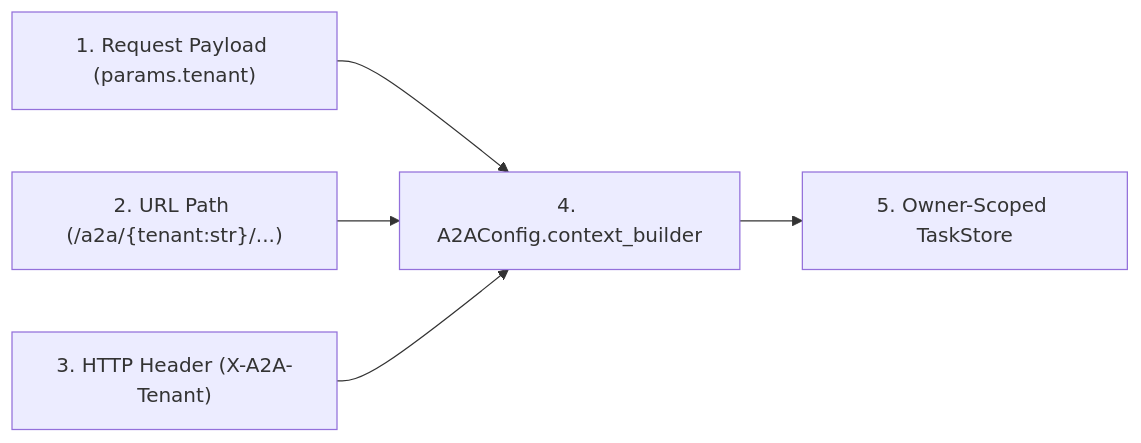
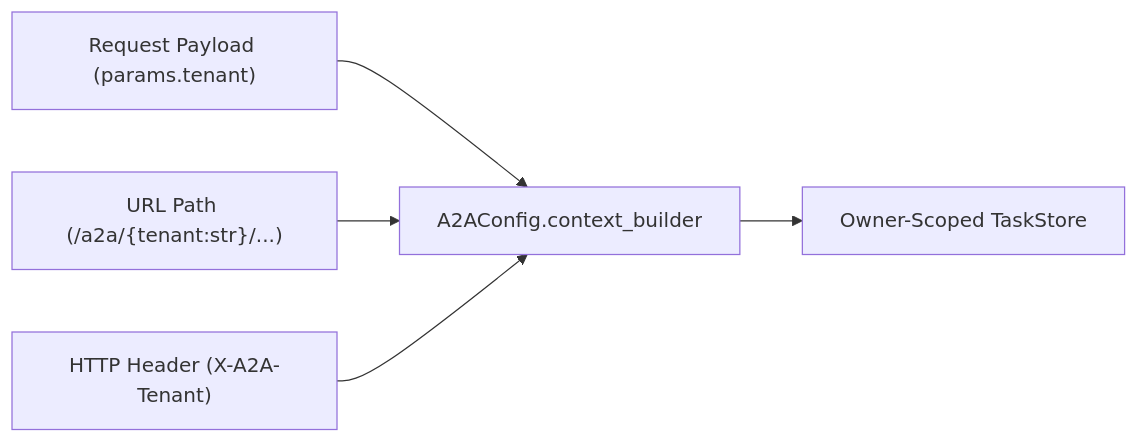
Before and after one commit to cofin/litestar-mcp: the diagram in docs/agents/multi-tenancy.md, drawn with Mermaid. The commit also changed other lines of this file and 155 other files, not shown here.

````diff
--- a/docs/agents/multi-tenancy.md
+++ b/docs/agents/multi-tenancy.md
@@ -17,13 +17,13 @@
 ```mermaid
 flowchart LR
-    Payload["1. Request Payload (params.tenant)"]
-    Path["2. URL Path (/a2a/{tenant:str}/...)"]
-    Header["3. HTTP Header (X-A2A-Tenant)"]
-    Builder["4. A2AConfig.context_builder"]
-    Store["5. Owner-Scoped TaskStore"]
+    Payload["Request Payload (params.tenant)"]
+    Path["URL Path (/a2a/{tenant:str}/...)"]
+    Header["HTTP Header (X-A2A-Tenant)"]
+    Builder["A2AConfig.context_builder"]
+    Store["Owner-Scoped TaskStore"]
 
     Payload --> Builder
     Path --> Builder
     Header --> Builder
     Builder --> Store
 ```
````
